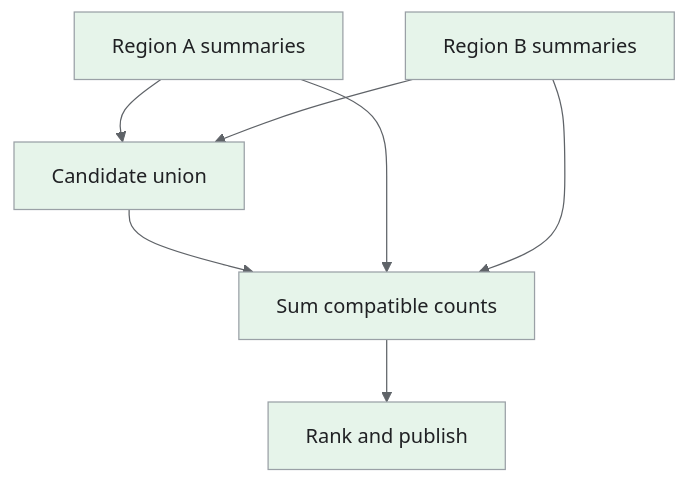
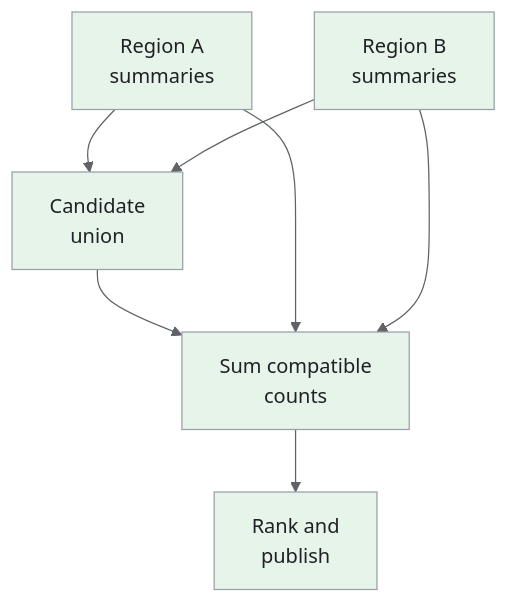
Before and after one commit to iliazlobin/iliazlobin.github.io: the fourth of 5 diagrams in _designs/system-design-youtube.md, drawn with Mermaid. The commit also changed other lines of this file and 116 other files, not shown here.

````diff
--- a/_designs/system-design-youtube.md
+++ b/_designs/system-design-youtube.md
@@ -312,15 +350,15 @@
 ```mermaid
-%%{init: {'theme':'base','themeVariables':{'primaryColor':'#e8f0fe','primaryTextColor':'#202124','primaryBorderColor':'#9aa0a6','lineColor':'#5f6368','secondaryColor':'#e6f4ea','tertiaryColor':'#fef7e0','actorBkg':'#e8f0fe','actorBorder':'#9aa0a6','actorTextColor':'#202124','noteBkgColor':'#fef7e0','noteTextColor':'#202124','noteBorderColor':'#9aa0a6','signalColor':'#5f6368','signalTextColor':'#202124','labelBoxBkgColor':'#fef7e0','labelBoxBorderColor':'#9aa0a6'}}}%%
+%%{init: {"theme":"base","themeVariables":{"primaryColor":"#e8f0fe","primaryBorderColor":"#9aa0a6","primaryTextColor":"#202124","secondaryColor":"#e6f4ea","tertiaryColor":"#fef7e0","lineColor":"#5f6368","actorBkg":"#e8f0fe","actorBorder":"#9aa0a6","actorTextColor":"#202124","noteBkgColor":"#fef7e0","noteBorderColor":"#9aa0a6","noteTextColor":"#202124","signalColor":"#5f6368","signalTextColor":"#202124"}}}%%
 flowchart TB
-  A["Region A summaries"] --> U["Candidate union"]
-  B["Region B summaries"] --> U
-  U --> C["Sum compatible counts"]
-  C --> R["Rank and publish"]
+  A["Region A<br>summaries"] --> U["Candidate<br>union"]
+  B["Region B<br>summaries"] --> U
+  U --> C["Sum compatible<br>counts"]
+  C --> R["Rank and<br>publish"]
   A --> C
   B --> C
 classDef request fill:#e8f0fe,stroke:#9aa0a6,color:#202124;
 classDef data fill:#e6f4ea,stroke:#9aa0a6,color:#202124;
 classDef control fill:#fef7e0,stroke:#9aa0a6,color:#202124;
 class A,B,U,C,R data;
 
 ```
````
